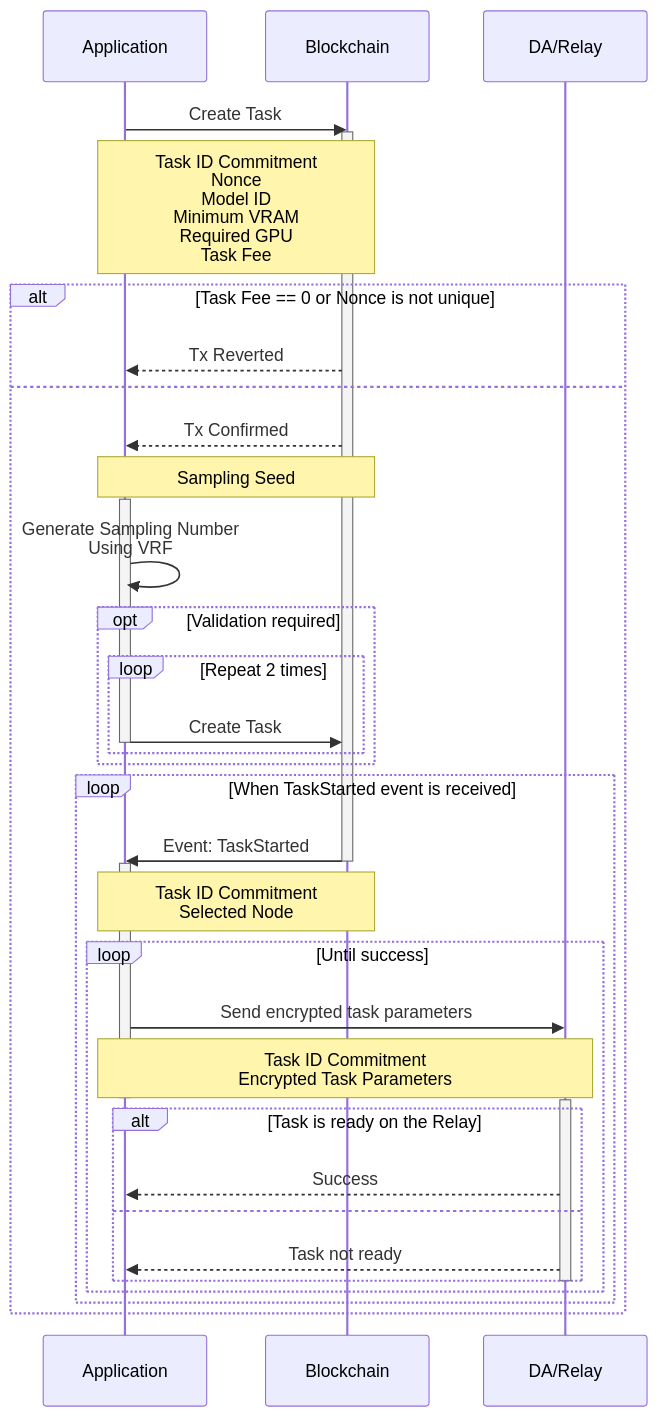
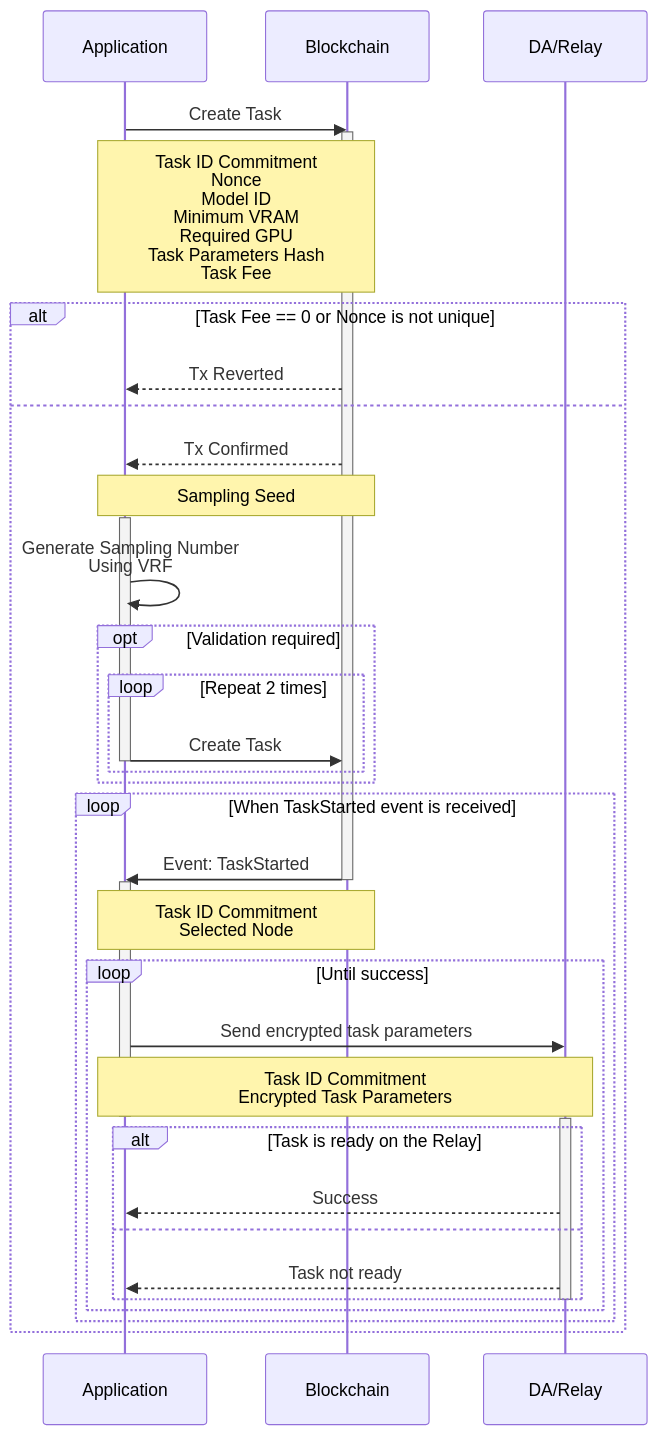
Before and after one commit to crynux-ai/documentation: the diagram in gitbook/system-design/task-lifecycle.md, drawn with Mermaid. The commit also changed other lines of this file, not shown here.

````diff
--- a/gitbook/system-design/task-lifecycle.md
+++ b/gitbook/system-design/task-lifecycle.md
@@ -15,42 +19,42 @@
 ```mermaid
 sequenceDiagram
     Participant A as Application
     Participant B as Blockchain
     Participant R as DA/Relay
 
     A ->> B: Create Task
     activate B
-    Note over A,B: Task ID Commitment<br/>Nonce<br/>Model ID<br/>Minimum VRAM<br/>Required GPU<br/>Task Fee
+    Note over A,B: Task ID Commitment<br/>Nonce<br/>Model ID<br/>Minimum VRAM<br/>Required GPU<br/>Task Parameters Hash<br/>Task Fee
     alt Task Fee == 0 or Nonce is not unique
         B -->> A: Tx Reverted
     else
         B -->> A: Tx Confirmed
         Note over A,B: Sampling Seed
         activate A
         A ->> A: Generate Sampling Number<br/>Using VRF
         opt Validation required
             loop Repeat 2 times
                 A ->> B: Create Task
                 deactivate A
             end
         end
         loop When TaskStarted event is received
             B ->> A: Event: TaskStarted
             deactivate B
             activate A
             Note over A,B: Task ID Commitment<br/>Selected Node
             loop Until success
                 A ->> R: Send encrypted task parameters
                 Note over A,R: Task ID Commitment<br/>Encrypted Task Parameters
                 deactivate A
                 activate R
                 alt Task is ready on the Relay
                     R -->> A: Success
                 else
                     R -->> A: Task not ready
                 end
                 deactivate R
             end
         end
     end
 ```
````
